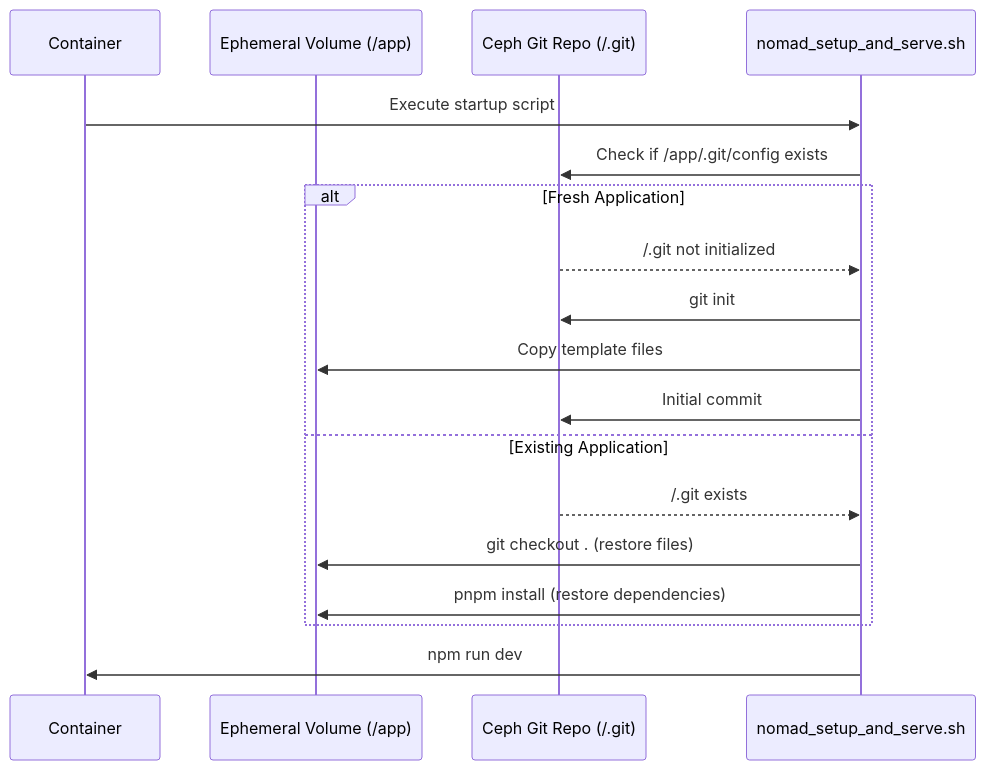
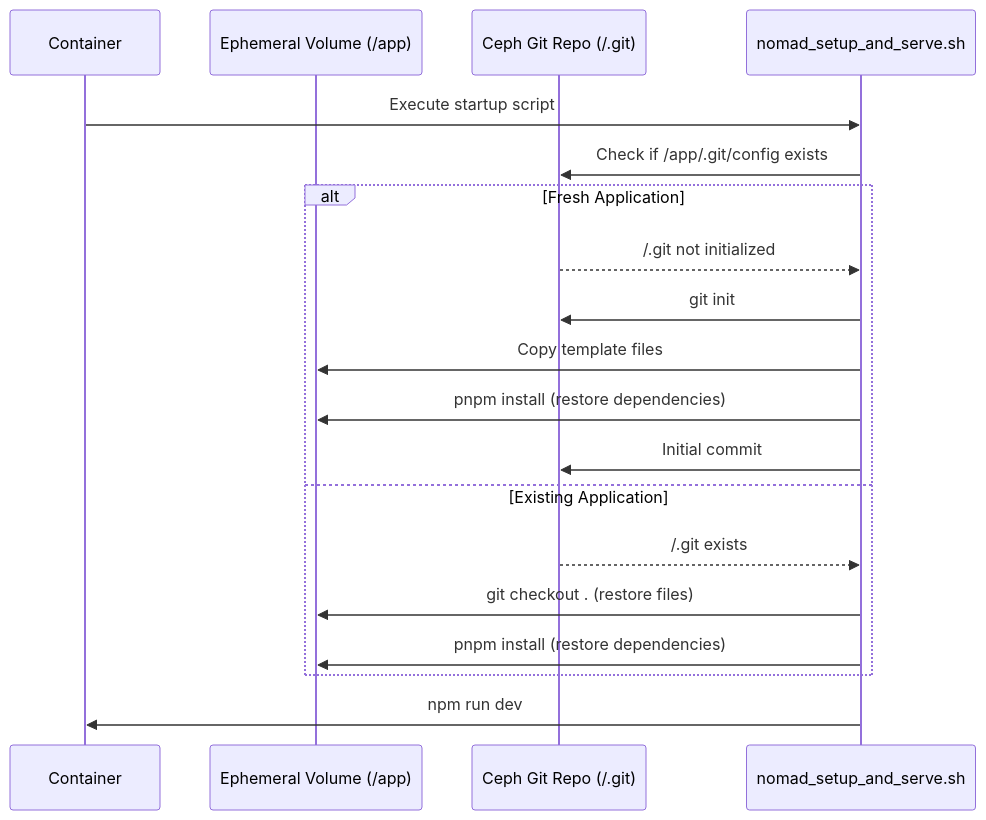
Before and after one commit to hsharif-godaddy/hackathon2026: the third of 5 diagrams in docs/persistent-storage-architecture.md, drawn with Mermaid. The commit also changed other lines of this file and 7 other files, not shown here.

````diff
--- a/docs/persistent-storage-architecture.md
+++ b/docs/persistent-storage-architecture.md
@@ -161,23 +206,24 @@
 ```mermaid
 sequenceDiagram
     participant Container
     participant EphemeralVol as Ephemeral Volume (/app)
     participant CephRepo as Ceph Git Repo (/.git)
     participant SetupScript as nomad_setup_and_serve.sh
-    
+
     Container->>SetupScript: Execute startup script
     SetupScript->>CephRepo: Check if /app/.git/config exists
-    
+
     alt Fresh Application
         CephRepo-->>SetupScript: /.git not initialized
         SetupScript->>CephRepo: git init
         SetupScript->>EphemeralVol: Copy template files
+        SetupScript->>EphemeralVol: pnpm install (restore dependencies)
         SetupScript->>CephRepo: Initial commit
-    else Existing Application  
+    else Existing Application
         CephRepo-->>SetupScript: /.git exists
         SetupScript->>EphemeralVol: git checkout . (restore files)
         SetupScript->>EphemeralVol: pnpm install (restore dependencies)
     end
-    
+
     SetupScript->>Container: npm run dev
 ```
````
